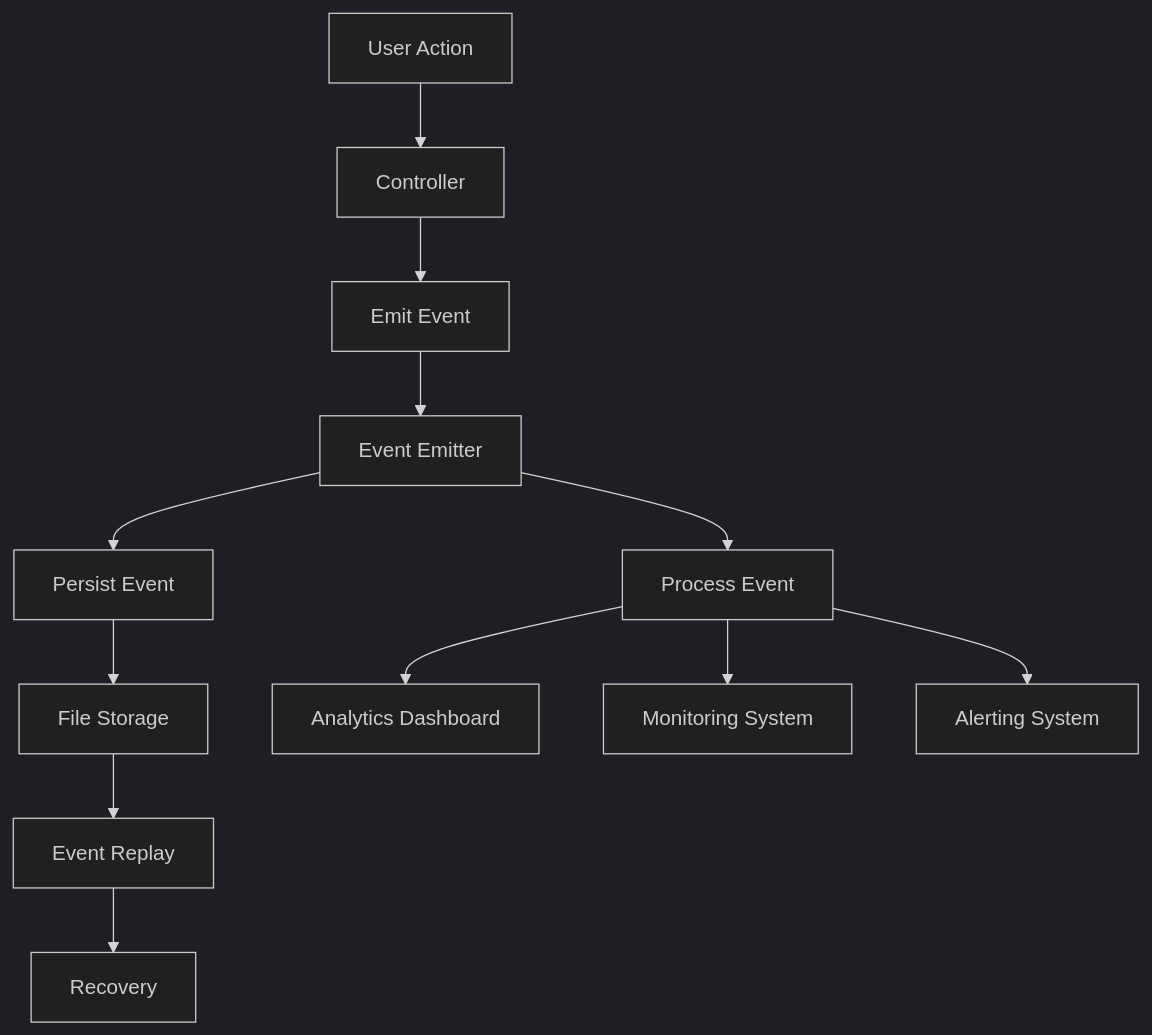
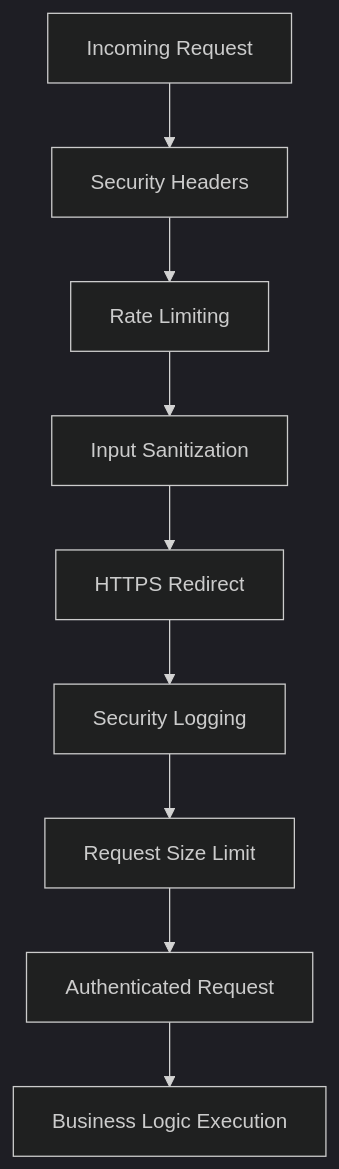
One commit to Brimstow/ThumPiks changed the eighth of 15 diagrams in .qoder/repowiki/en/content/Backend Architecture/Thumbnail Processing Module.md. Above: the diagram before and after it, drawn with Mermaid (dark theme). The commit also changed other lines of this file and 900 other files, not shown here.

````diff
--- a/.qoder/repowiki/en/content/Backend Architecture/Thumbnail Processing Module.md
+++ b/.qoder/repowiki/en/content/Backend Architecture/Thumbnail Processing Module.md
@@ -127,14 +441,11 @@
 ```mermaid
 graph TD
-A[User Action] --> B[Controller]
-B --> C[Emit Event]
-C --> D[Event Emitter]
-D --> E[Persist Event]
-D --> F[Process Event]
-E --> G[File Storage]
-F --> H[Analytics Dashboard]
-F --> I[Monitoring System]
-F --> J[Alerting System]
-G --> K[Event Replay]
-K --> L[Recovery]
+A[Incoming Request] --> B[Security Headers]
+B --> C[Rate Limiting]
+C --> D[Input Sanitization]
+D --> E[HTTPS Redirect]
+E --> F[Security Logging]
+F --> G[Request Size Limit]
+G --> H[Authenticated Request]
+H --> I[Business Logic Execution]
 ```
````
